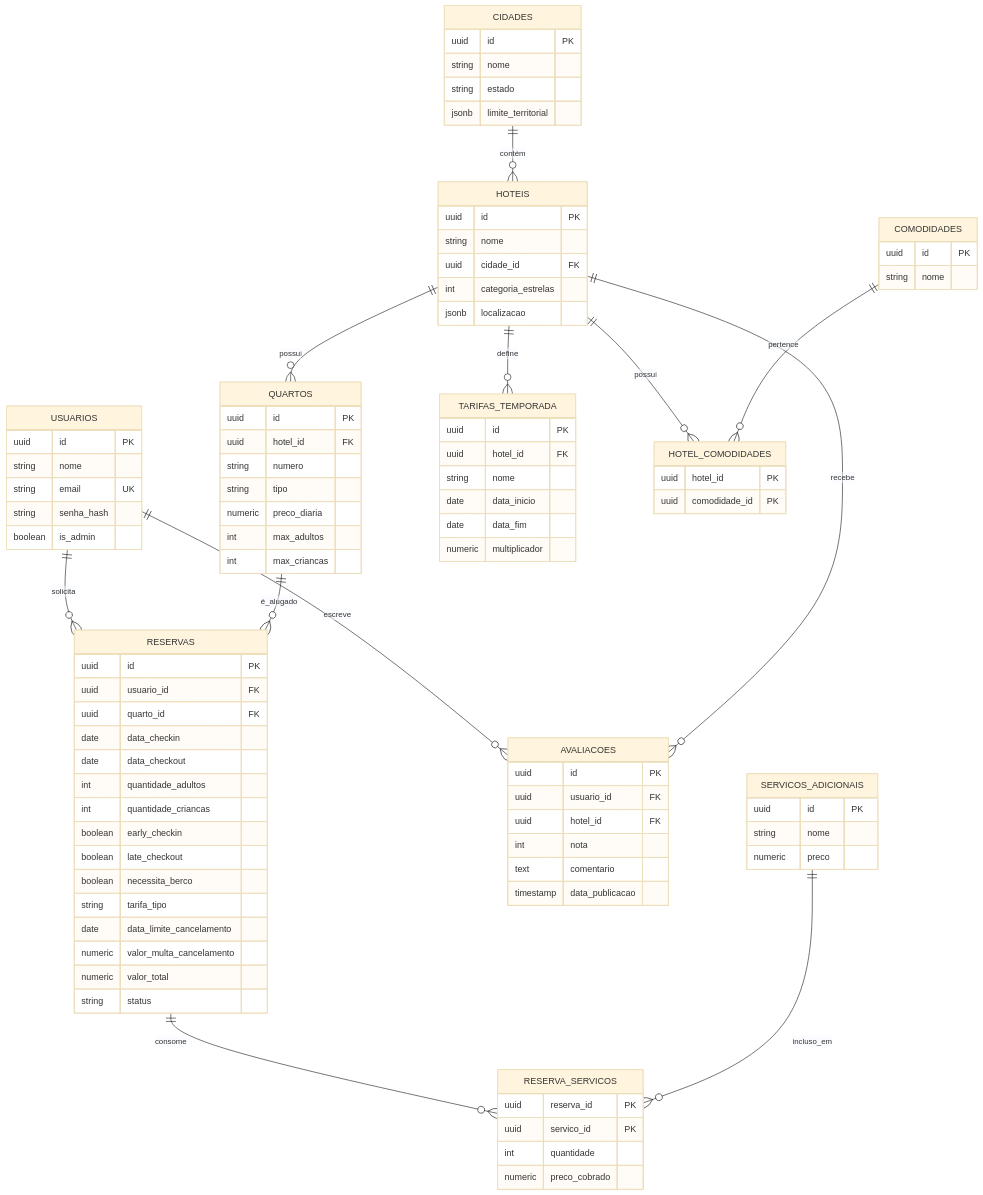
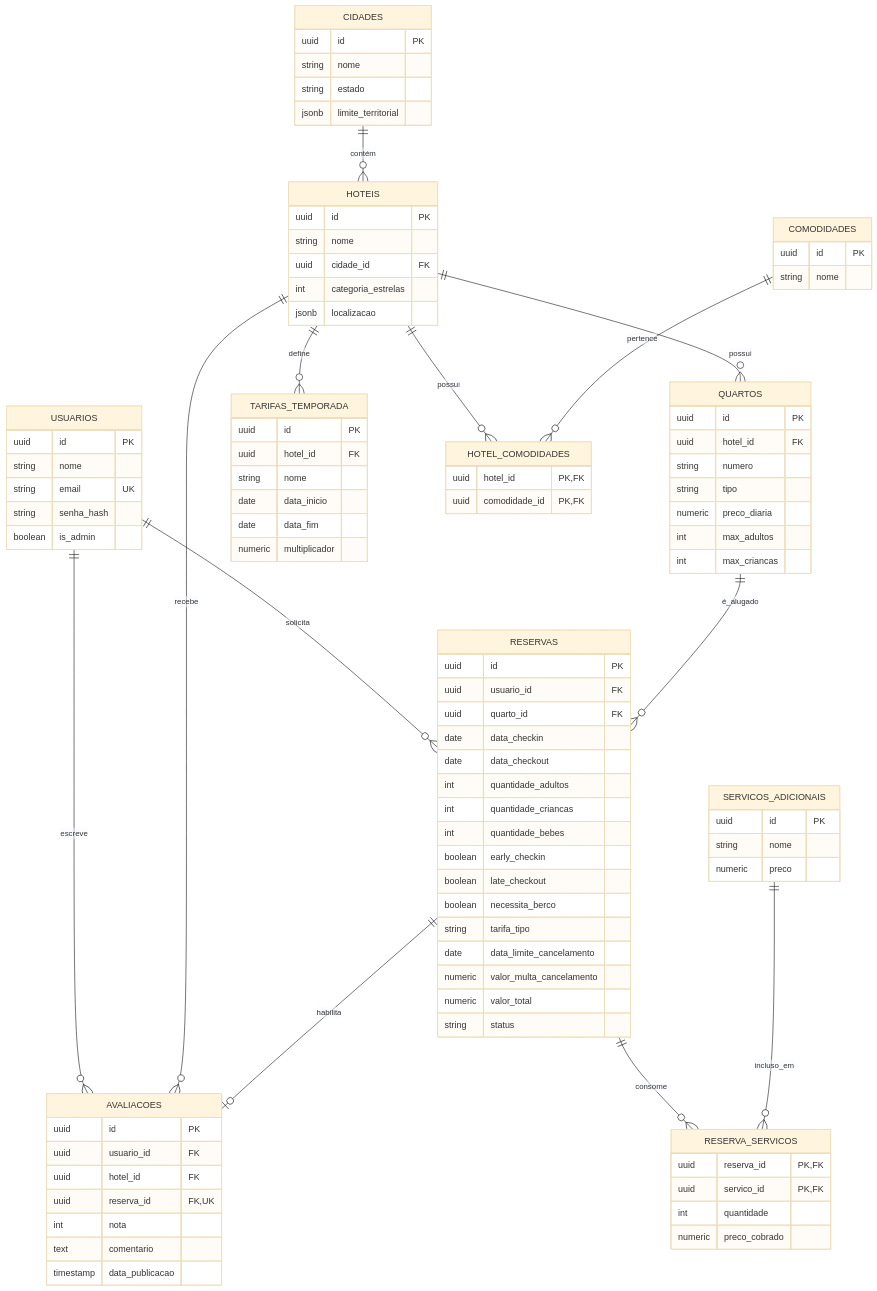
The first of 2 diagrams in docs/03_arquitetura_tecnica/modelagem_dados_postgres.md (prof-ronildo-unicatolica/estagio-desenvolvimento-web), drawn with Mermaid (base theme) before and after one commit. The commit also changed other lines of this file and 4 other files, not shown here.

First line of the commit message:
docs: alinha diagramas de classes, casos de uso, sequencia e ERD

````diff
--- a/docs/03_arquitetura_tecnica/modelagem_dados_postgres.md
+++ b/docs/03_arquitetura_tecnica/modelagem_dados_postgres.md
@@ -58,8 +58,8 @@
     }
 
     HOTEL_COMODIDADES {
-        uuid hotel_id PK
-        uuid comodidade_id PK
+        uuid hotel_id PK,FK
+        uuid comodidade_id PK,FK
     }
 
     RESERVAS {
@@ -70,6 +70,7 @@
         date data_checkout
         int quantidade_adultos
         int quantidade_criancas
+        int quantidade_bebes
         boolean early_checkin
         boolean late_checkout
         boolean necessita_berco
@@ -84,6 +85,7 @@
         uuid id PK
         uuid usuario_id FK
         uuid hotel_id FK
+        uuid reserva_id FK,UK
         int nota
         text comentario
         timestamp data_publicacao
@@ -96,8 +98,8 @@
     }
 
     RESERVA_SERVICOS {
-        uuid reserva_id PK
-        uuid servico_id PK
+        uuid reserva_id PK,FK
+        uuid servico_id PK,FK
         int quantidade
         numeric preco_cobrado
     }
@@ -111,6 +113,7 @@
     QUARTOS ||--o{ RESERVAS : "é_alugado"
     USUARIOS ||--o{ AVALIACOES : "escreve"
     HOTEIS ||--o{ AVALIACOES : "recebe"
+    RESERVAS ||--o| AVALIACOES : "habilita"
     RESERVAS ||--o{ RESERVA_SERVICOS : "consome"
     SERVICOS_ADICIONAIS ||--o{ RESERVA_SERVICOS : "incluso_em"
 ```
````
